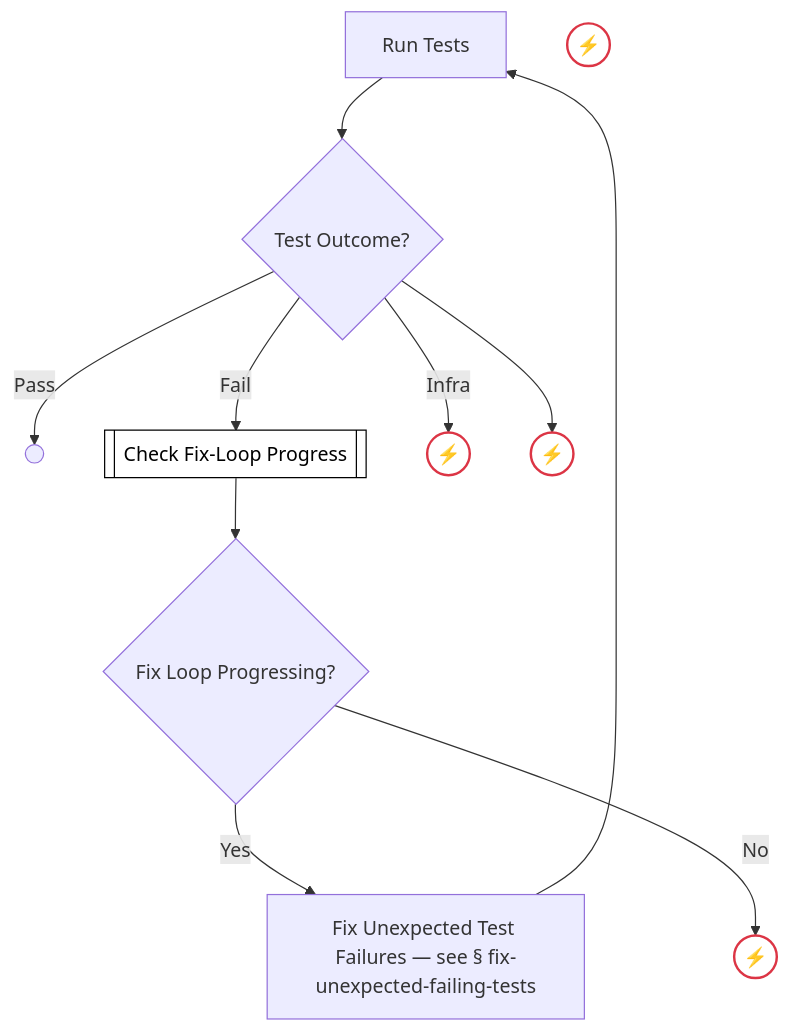
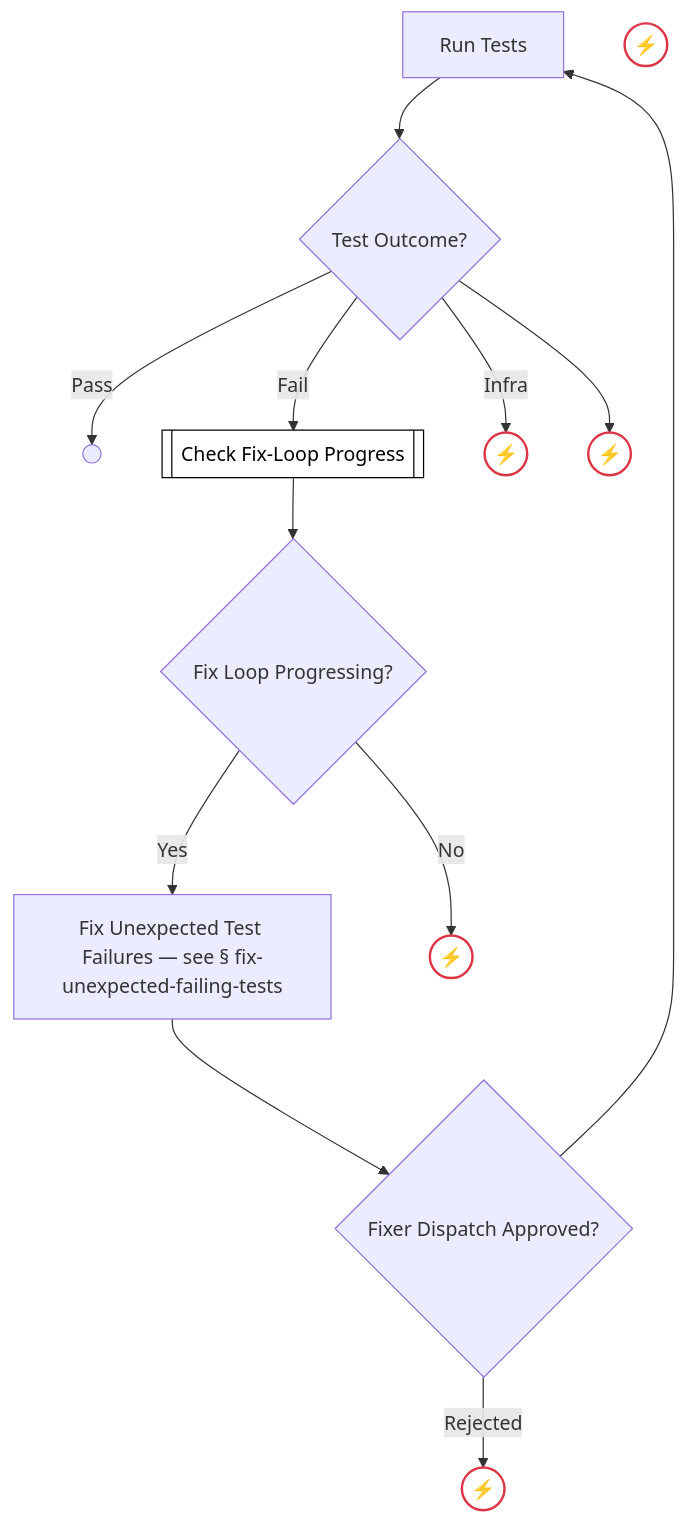
One commit to optivem/gh-optivem changed diagram 23 of 52 in docs/process-diagram.md. Above: the diagram before and after it, drawn with Mermaid. The commit also changed other lines of this file and 2 other files, not shown here.

Commit message:
atdd: regenerate process-flow diagram

````diff
--- a/docs/process-diagram.md
+++ b/docs/process-diagram.md
@@ -523,29 +523,33 @@
 ```mermaid
 flowchart TD
     RUN_TESTS[Run Tests]
     GATE_TESTS_OUTCOME{Test Outcome?}
     VERIFY_PASS_END(( ))
     CHECK_FIX_PROGRESS[[Check Fix-Loop Progress]]
     TESTS_INFRA_HALT((⚡))
     UNKNOWN_TESTS_OUTCOME((⚡))
     GATE_FIX_PROGRESSING{Fix Loop Progressing?}
     FIX_UNEXPECTED_FAILING_TESTS[Fix Unexpected Test Failures — see § fix-unexpected-failing-tests]
     FIX_LOOP_NO_PROGRESS_EXHAUSTED((⚡))
+    GATE_FIX_FLOW_APPROVED{Fixer Dispatch Approved?}
+    FIX_FLOW_NOT_APPROVED((⚡))
     FIX_LOOP_EXHAUSTED((⚡))
 
     RUN_TESTS --> GATE_TESTS_OUTCOME
     GATE_TESTS_OUTCOME -- Pass --> VERIFY_PASS_END
     GATE_TESTS_OUTCOME -- Fail --> CHECK_FIX_PROGRESS
     GATE_TESTS_OUTCOME -- Infra --> TESTS_INFRA_HALT
     GATE_TESTS_OUTCOME --> UNKNOWN_TESTS_OUTCOME
     CHECK_FIX_PROGRESS --> GATE_FIX_PROGRESSING
     GATE_FIX_PROGRESSING -- Yes --> FIX_UNEXPECTED_FAILING_TESTS
     GATE_FIX_PROGRESSING -- No --> FIX_LOOP_NO_PROGRESS_EXHAUSTED
-    FIX_UNEXPECTED_FAILING_TESTS --> RUN_TESTS
+    FIX_UNEXPECTED_FAILING_TESTS --> GATE_FIX_FLOW_APPROVED
+    GATE_FIX_FLOW_APPROVED -- Rejected --> FIX_FLOW_NOT_APPROVED
+    GATE_FIX_FLOW_APPROVED --> RUN_TESTS
 
     classDef serviceNode fill:#ffffff,stroke:#000000,stroke-width:1px,color:#000000
     class CHECK_FIX_PROGRESS serviceNode
 
     classDef errorEndNode fill:#ffffff,stroke:#dc3545,stroke-width:2px,color:#000000
-    class FIX_LOOP_EXHAUSTED,FIX_LOOP_NO_PROGRESS_EXHAUSTED,TESTS_INFRA_HALT,UNKNOWN_TESTS_OUTCOME errorEndNode
+    class FIX_FLOW_NOT_APPROVED,FIX_LOOP_EXHAUSTED,FIX_LOOP_NO_PROGRESS_EXHAUSTED,TESTS_INFRA_HALT,UNKNOWN_TESTS_OUTCOME errorEndNode
 ```
````
